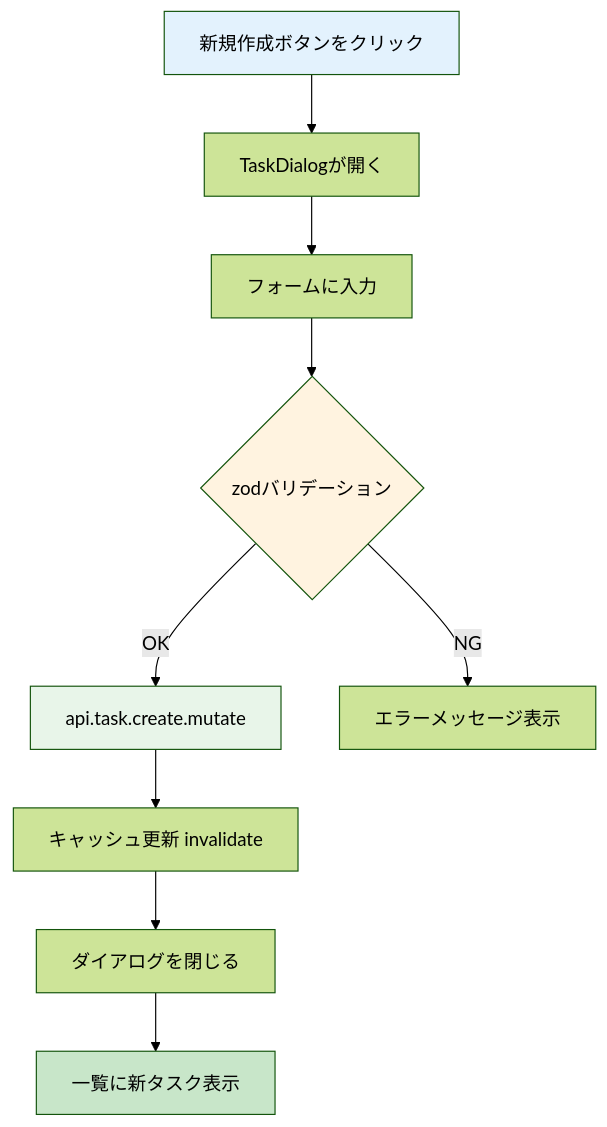
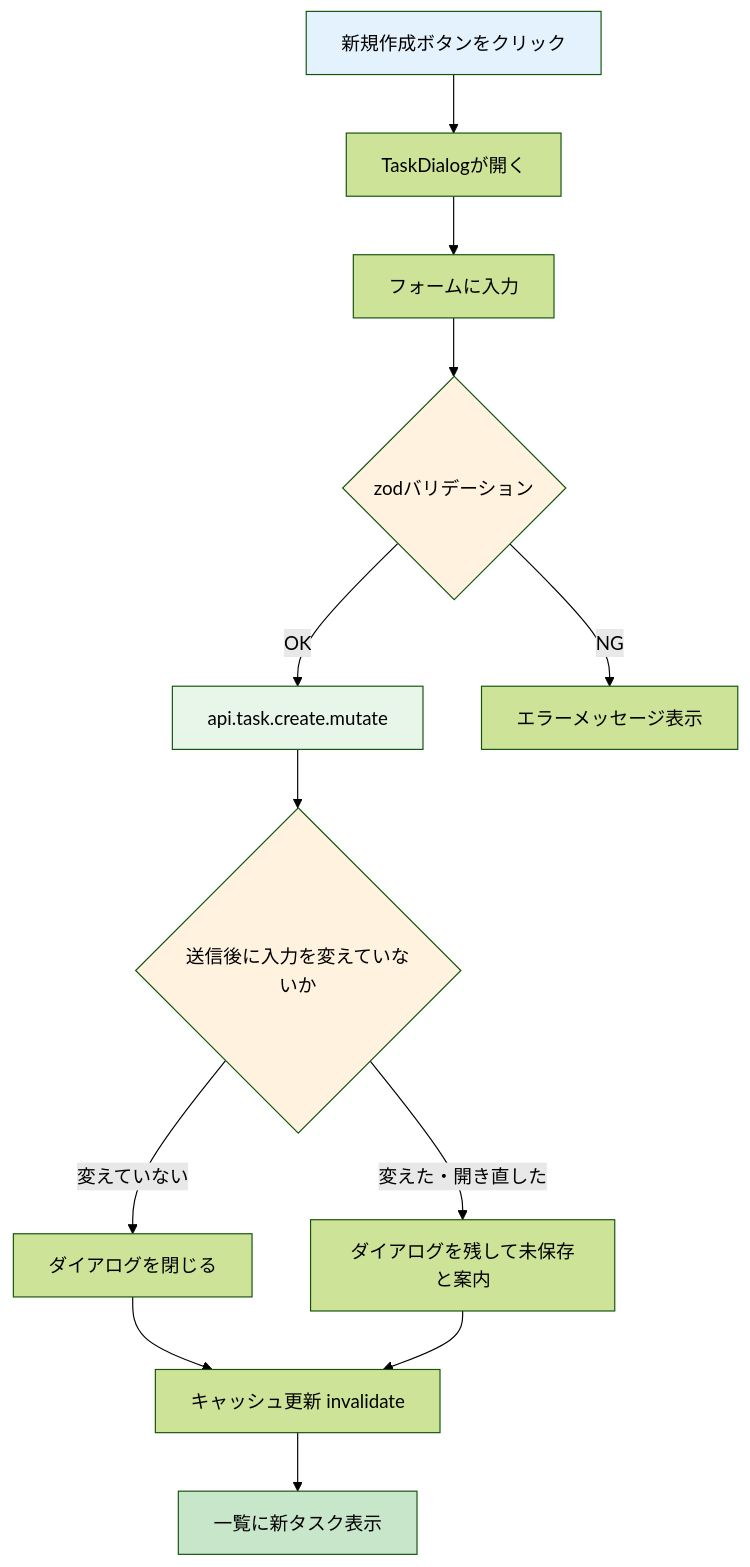
One commit to kouiso/task-app changed the first of 2 diagrams in material/30days-curriculum/day14_タスク新規作成.md. Above: the diagram before and after it, drawn with Mermaid (forest theme). The commit also changed other lines of this file and 345 other files, not shown here.

````diff
--- a/material/30days-curriculum/day14_タスク新規作成.md
+++ b/material/30days-curriculum/day14_タスク新規作成.md
@@ -49,16 +49,20 @@
 ```mermaid
 graph TD
     A[新規作成ボタンをクリック] --> B[TaskDialogが開く]
     B --> C[フォームに入力]
     C --> D{zodバリデーション}
     D -->|OK| E[api.task.create.mutate]
     D -->|NG| F[エラーメッセージ表示]
-    E --> G[キャッシュ更新 invalidate]
-    G --> H[ダイアログを閉じる]
-    H --> I[一覧に新タスク表示]
+    E --> G{送信後に入力を変えていないか}
+    G -->|変えていない| H[ダイアログを閉じる]
+    G -->|変えた・開き直した| J[ダイアログを残して未保存と案内]
+    H --> K[キャッシュ更新 invalidate]
+    J --> K
+    K --> I[一覧に新タスク表示]
 
     style A fill:#e3f2fd
     style D fill:#fff3e0
     style E fill:#e8f5e9
+    style G fill:#fff3e0
     style I fill:#c8e6c9
 ```
````
